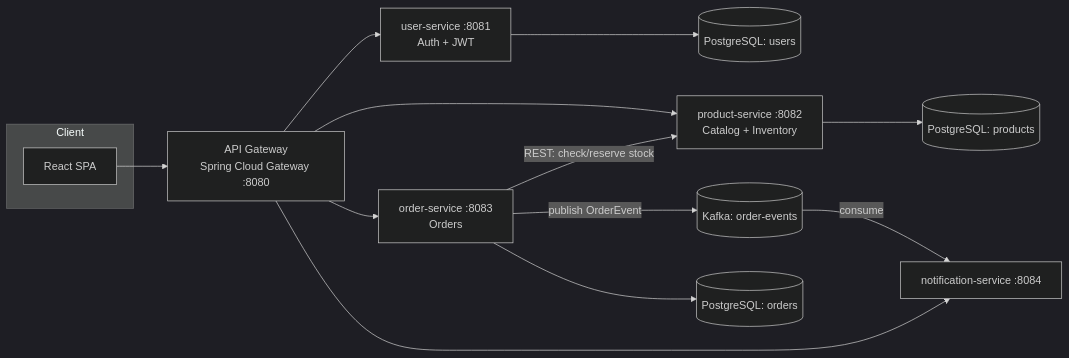
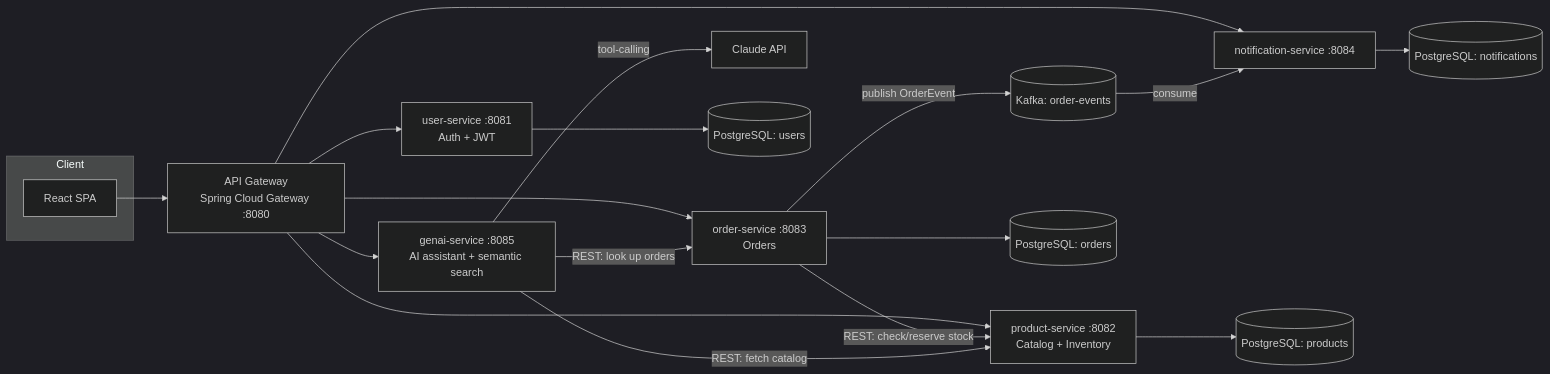
The diagram in README.md (Sameer270422/Cloud-Mart), drawn with Mermaid (dark theme) before and after one commit. The commit also changed other lines of this file and 30 other files, not shown here.

First line of the commit message:
Add genai-service: Claude-powered shopping assistant + semantic search

````diff
--- a/README.md
+++ b/README.md
@@ -14,21 +14,27 @@
 ```mermaid
 flowchart LR
     subgraph Client
         FE[React SPA]
     end
 
     FE --> GW[API Gateway<br/>Spring Cloud Gateway :8080]
 
     GW --> US[user-service :8081<br/>Auth + JWT]
     GW --> PS[product-service :8082<br/>Catalog + Inventory]
     GW --> OS[order-service :8083<br/>Orders]
     GW --> NS[notification-service :8084]
+    GW --> GS[genai-service :8085<br/>AI assistant + semantic search]
 
     OS -- REST: check/reserve stock --> PS
     OS -- publish OrderEvent --> K[(Kafka: order-events)]
     K -- consume --> NS
 
+    GS -- REST: fetch catalog --> PS
+    GS -- REST: look up orders --> OS
+    GS -- tool-calling --> LLM[Claude API]
+
     US --> DB1[(PostgreSQL: users)]
     PS --> DB2[(PostgreSQL: products)]
     OS --> DB3[(PostgreSQL: orders)]
+    NS --> DB4[(PostgreSQL: notifications)]
 ```
````
